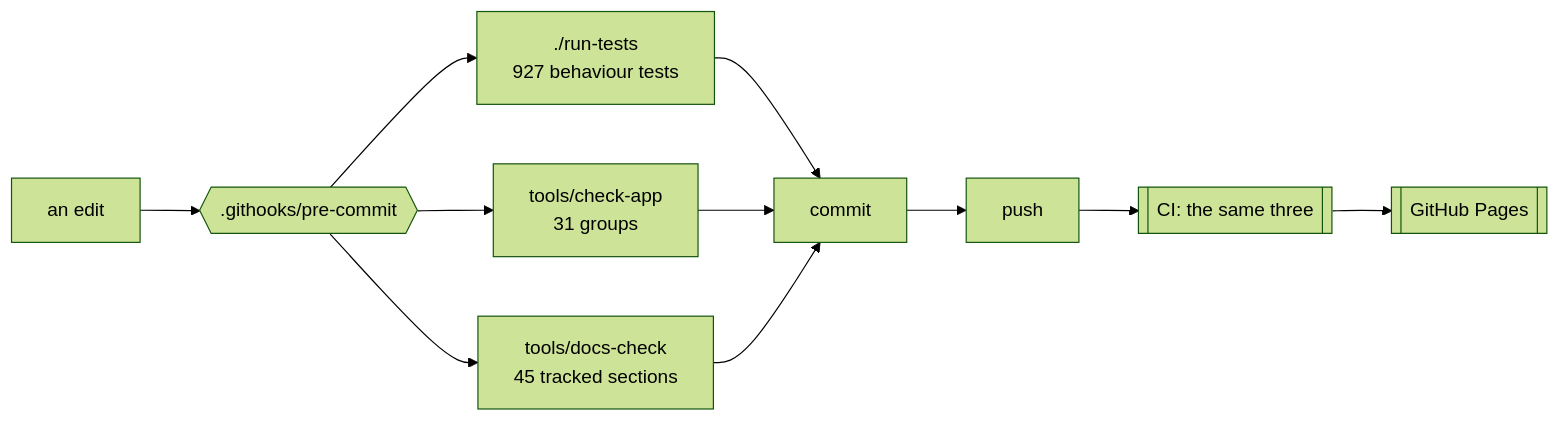
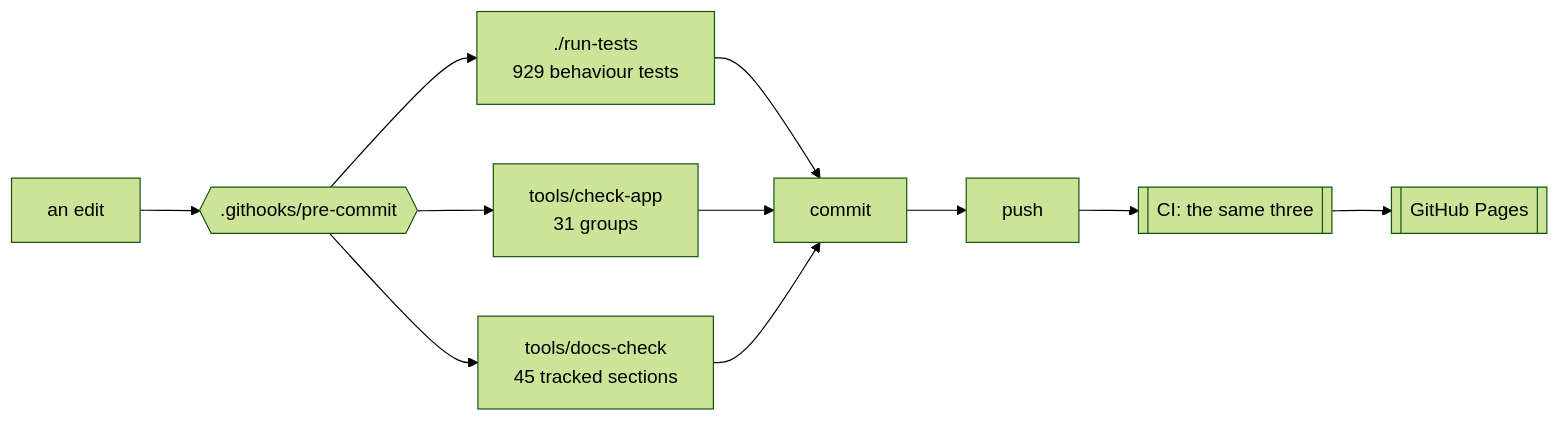
One commit to minormending/crystal-pilot-mobile changed the first of 3 diagrams in docs/DEVELOPING.md. Above: the diagram before and after it, drawn with Mermaid (forest theme). The commit also changed other lines of this file and 4 other files, not shown here.

````diff
--- a/docs/DEVELOPING.md
+++ b/docs/DEVELOPING.md
@@ -15,12 +15,12 @@
 ```mermaid
 flowchart LR
     E[an edit] --> H{{".githooks/pre-commit"}}
-    H --> T["./run-tests<br/>927 behaviour tests"]
+    H --> T["./run-tests<br/>929 behaviour tests"]
     H --> C["tools/check-app<br/>31 groups"]
     H --> D["tools/docs-check<br/>45 tracked sections"]
     T --> OK[commit]
     C --> OK
     D --> OK
     OK --> P[push] --> CI[["CI: the same three"]]
     CI --> PG[[GitHub Pages]]
 ```
````
